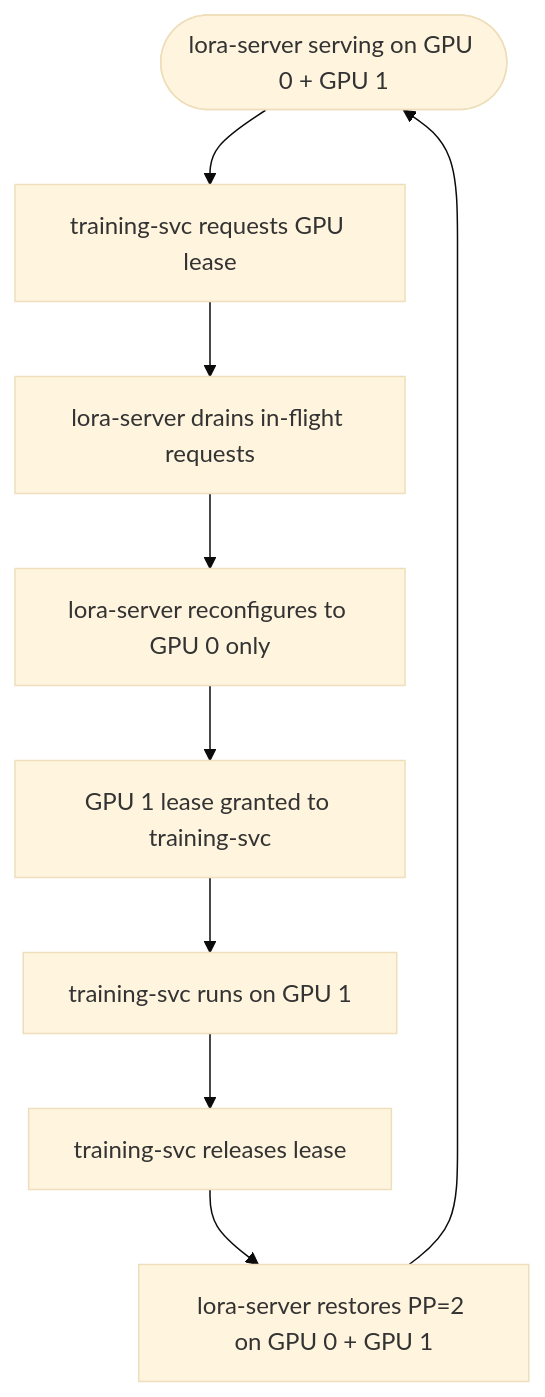
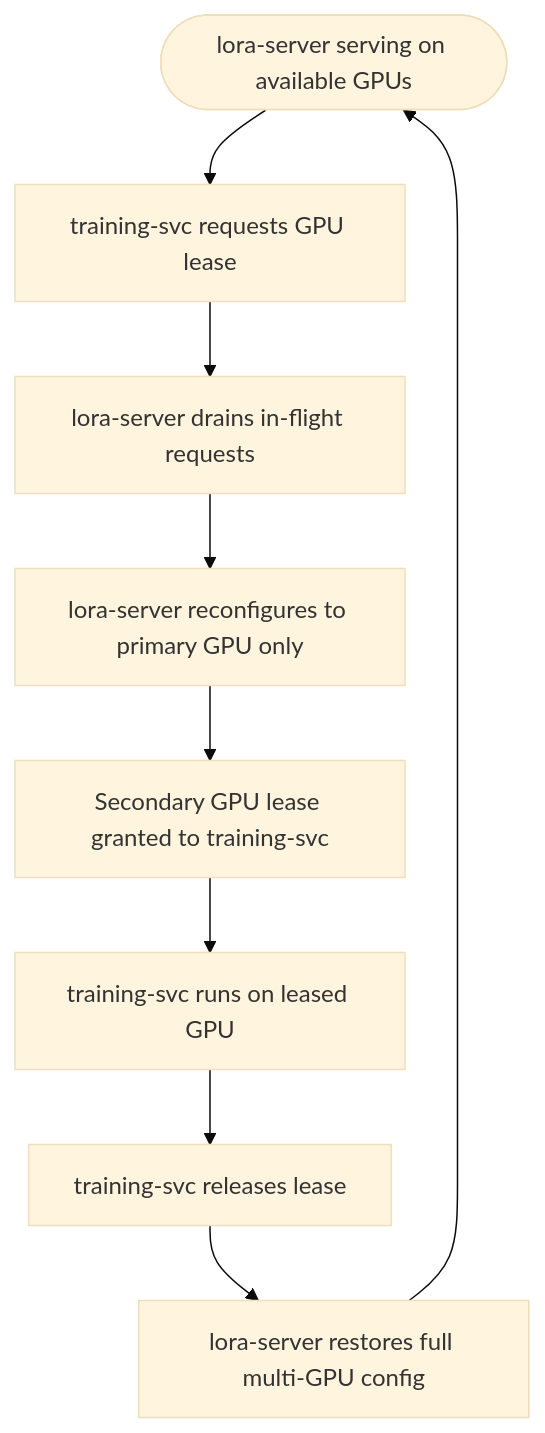
Before and after one commit to ElixirTrials/rune: the second of 2 diagrams in docs/architecture/multi-gpu-strategy.md, drawn with Mermaid (base theme). The commit also changed other lines of this file and 8 other files, not shown here.

````diff
--- a/docs/architecture/multi-gpu-strategy.md
+++ b/docs/architecture/multi-gpu-strategy.md
@@ -98,11 +94,11 @@
 ```mermaid
 flowchart TD
-    Idle([lora-server serving on GPU 0 + GPU 1]) --> Request
+    Idle([lora-server serving on available GPUs]) --> Request
     Request[training-svc requests GPU lease] --> Drain
     Drain[lora-server drains in-flight requests] --> Reconfigure
-    Reconfigure[lora-server reconfigures to GPU 0 only] --> Grant
-    Grant[GPU 1 lease granted to training-svc] --> Train
-    Train[training-svc runs on GPU 1] --> Complete
+    Reconfigure[lora-server reconfigures to primary GPU only] --> Grant
+    Grant[Secondary GPU lease granted to training-svc] --> Train
+    Train[training-svc runs on leased GPU] --> Complete
     Complete[training-svc releases lease] --> Restore
-    Restore[lora-server restores PP=2 on GPU 0 + GPU 1] --> Idle
+    Restore[lora-server restores full multi-GPU config] --> Idle
 ```
````
